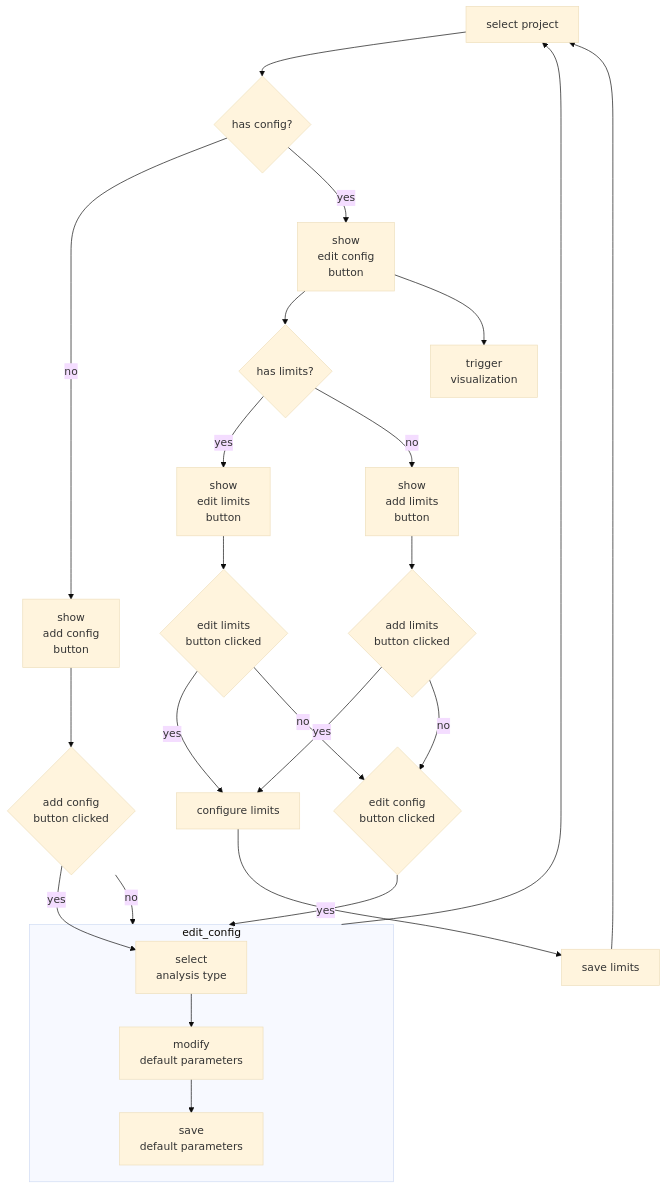
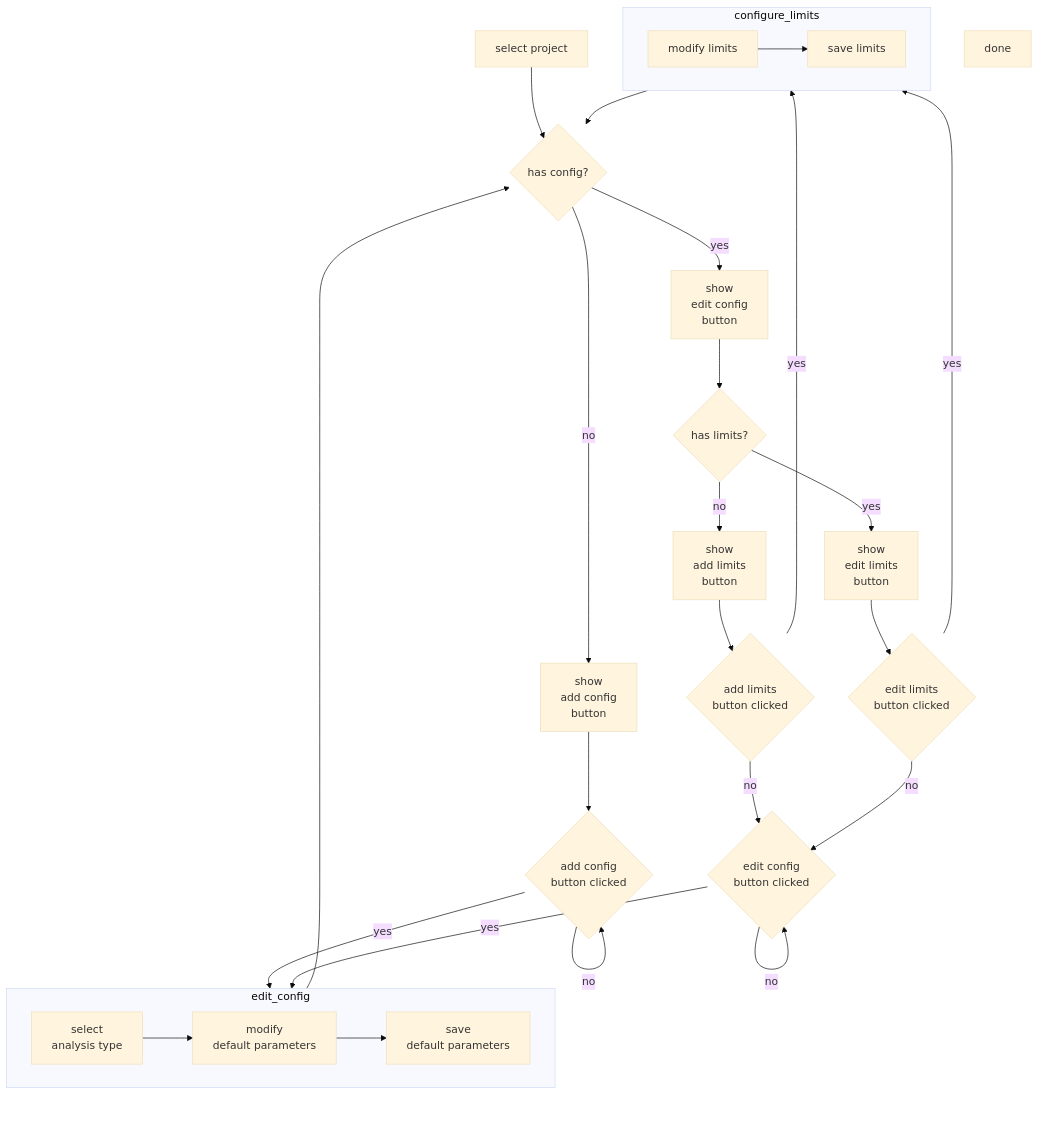
One commit to juliomateoslangerak/omero-metrics changed the diagram in docs/flowcharts/configure_flowchart.mmd. Above: the diagram before and after it, drawn with Mermaid (base theme).

Commit message:
Updated config flowchart

```diff
--- a/docs/flowcharts/configure_flowchart.mmd
+++ b/docs/flowcharts/configure_flowchart.mmd
@@ -1,44 +1,46 @@
 flowchart TB
     select_project[select project]
-    trigger_visualization[trigger\nvisualization]
     has_config{has config?}
     has_limits{has limits?}
     show_add_config_button[show\nadd config\nbutton]
     add_config_button_clicked{add config\nbutton clicked}
     show_edit_config_button[show\nedit config\nbutton]
     edit_config_button_clicked{edit config\nbutton clicked}
+    select_analysis_type[select\nanalysis type]
+    modify_default_parameters[modify\ndefault parameters]
+    save_default_parameters[save\ndefault parameters]
     show_add_limits_button[show\nadd limits\nbutton]
     add_limits_button_clicked{add limits\nbutton clicked}
     show_edit_limits_button[show\nedit limits\nbutton]
     edit_limits_button_clicked{edit limits\nbutton clicked}
-    configure_limits[configure limits]
+    modify_limits[modify limits]
     save_limits[save limits]
+    done[done]
 
     select_project --> has_config
     has_config -- no --> show_add_config_button
     has_config -- yes --> show_edit_config_button
     show_edit_config_button --> has_limits
-    show_edit_config_button --> trigger_visualization
     has_limits -- yes --> show_edit_limits_button
     has_limits -- no --> show_add_limits_button
     show_add_config_button --> add_config_button_clicked
-    add_config_button_clicked -- yes --> select_analysis_type
-    add_config_button_clicked -- no --> edit_config
+    add_config_button_clicked -- yes --> edit_config
+    add_config_button_clicked -- no --> add_config_button_clicked
     subgraph edit_config
-        select_analysis_type[select\nanalysis type]
-        modify_default_parameters[modify\ndefault parameters]
-        save_default_parameters[save\ndefault parameters]
         select_analysis_type --> modify_default_parameters
         modify_default_parameters --> save_default_parameters
+    end
+    subgraph configure_limits
+        modify_limits --> save_limits
     end
     show_add_limits_button --> add_limits_button_clicked
     show_edit_limits_button --> edit_limits_button_clicked
     add_limits_button_clicked -- yes --> configure_limits
     add_limits_button_clicked -- no --> edit_config_button_clicked
     edit_limits_button_clicked -- yes --> configure_limits
     edit_limits_button_clicked -- no --> edit_config_button_clicked
     edit_config_button_clicked -- yes --> edit_config
-    configure_limits --> save_limits
-    edit_config --> select_project
+    edit_config_button_clicked -- no --> edit_config_button_clicked
 
-    save_limits --> select_project
+    configure_limits --> has_config
+    edit_config --> has_config
```
